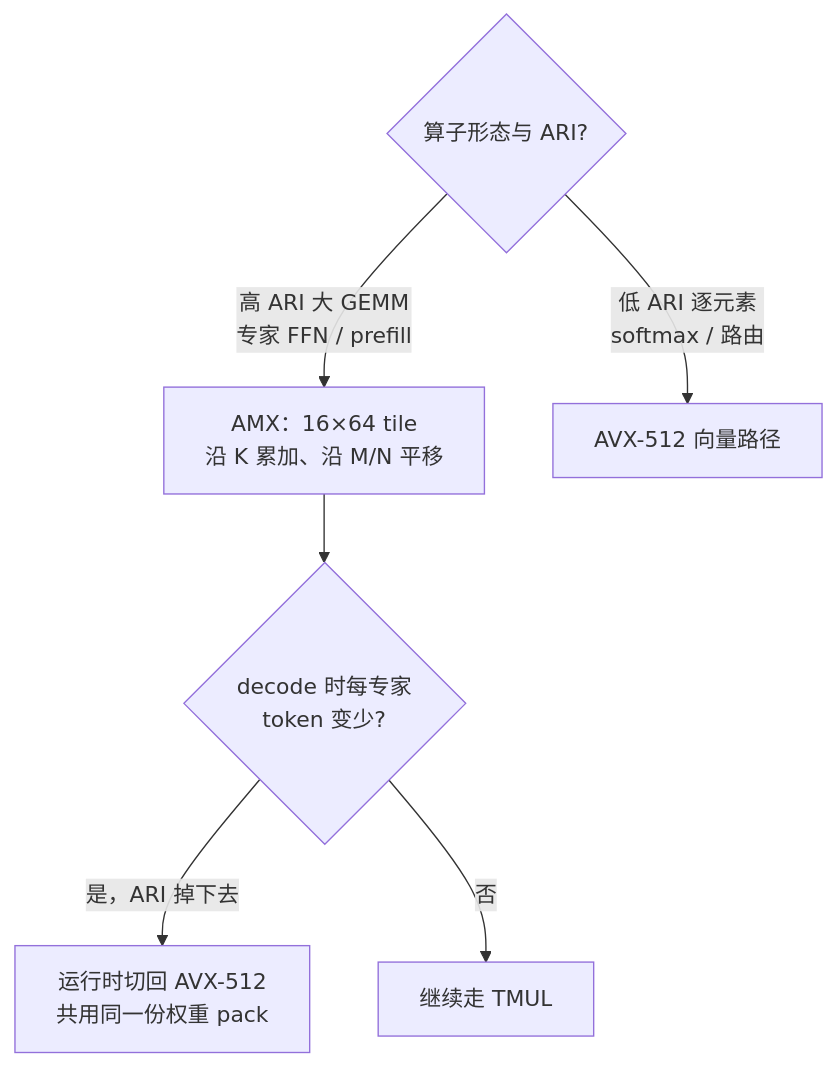
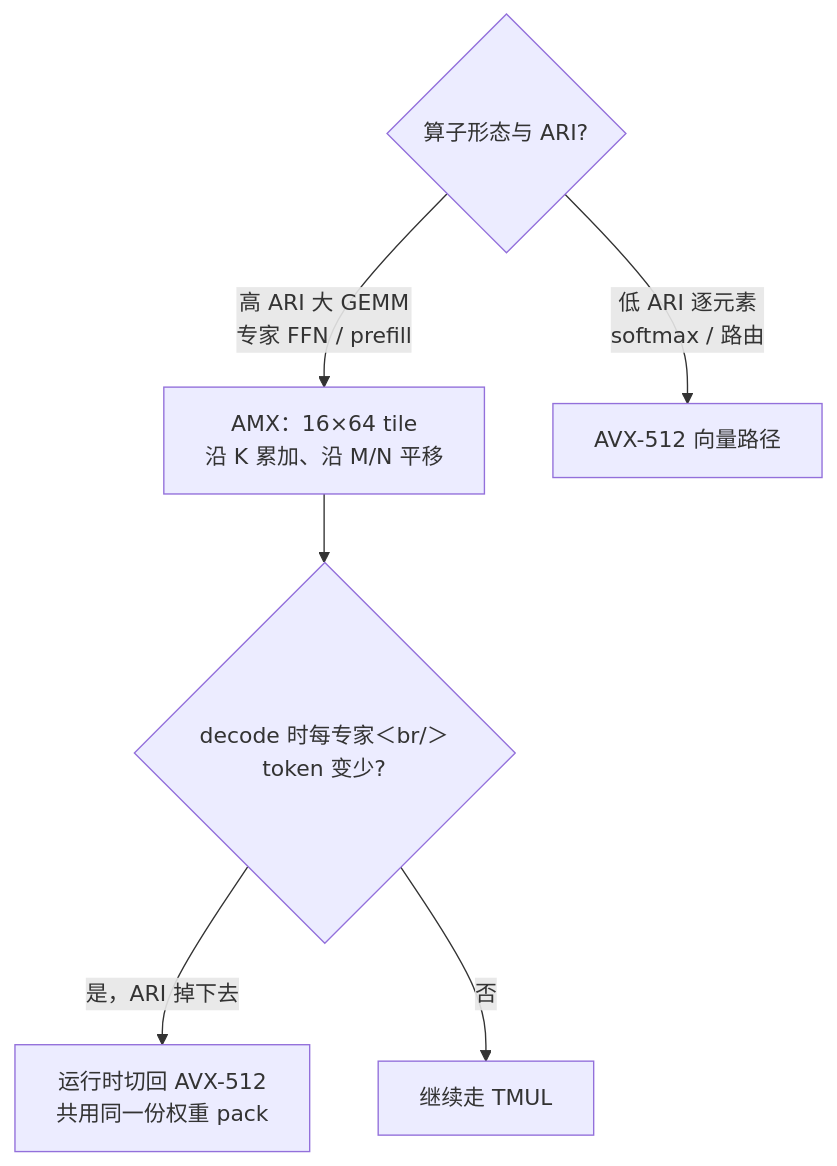
Before and after one commit to xhongduo-tech/xhongduo-tech.github.io: the second of 2 diagrams in docs/llm/amx-kernel.md, drawn with Mermaid. The commit also changed 291 other files, not shown here.

Commit message:
Normalize lesson titles to tree names and repair mermaid arrow/quote syntax site-wide.

````diff
--- a/docs/llm/amx-kernel.md
+++ b/docs/llm/amx-kernel.md
@@ -65,8 +65,8 @@
 ```mermaid
 flowchart TD
   OP{"算子形态与 ARI?"} -->|"高 ARI 大 GEMM<br/>专家 FFN / prefill"| AMX["AMX：16×64 tile<br/>沿 K 累加、沿 M/N 平移"]
   OP -->|"低 ARI 逐元素<br/>softmax / 路由"| AVX["AVX-512 向量路径"]
-  AMX --> DEC{"decode 时每专家<br/>token 变少?"}
+  AMX --> DEC{"decode 时每专家＜br/＞token 变少?"}
   DEC -->|"是，ARI 掉下去"| SW["运行时切回 AVX-512<br/>共用同一份权重 pack"]
   DEC -->|"否"| KEEP["继续走 TMUL"]
 ```
````
